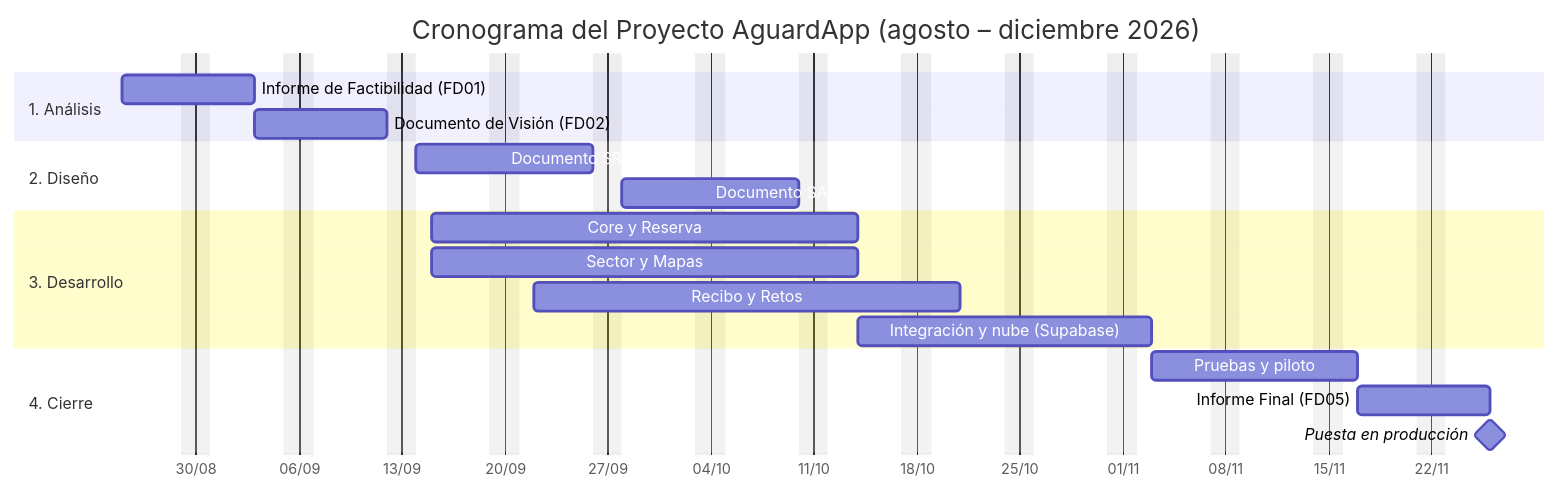
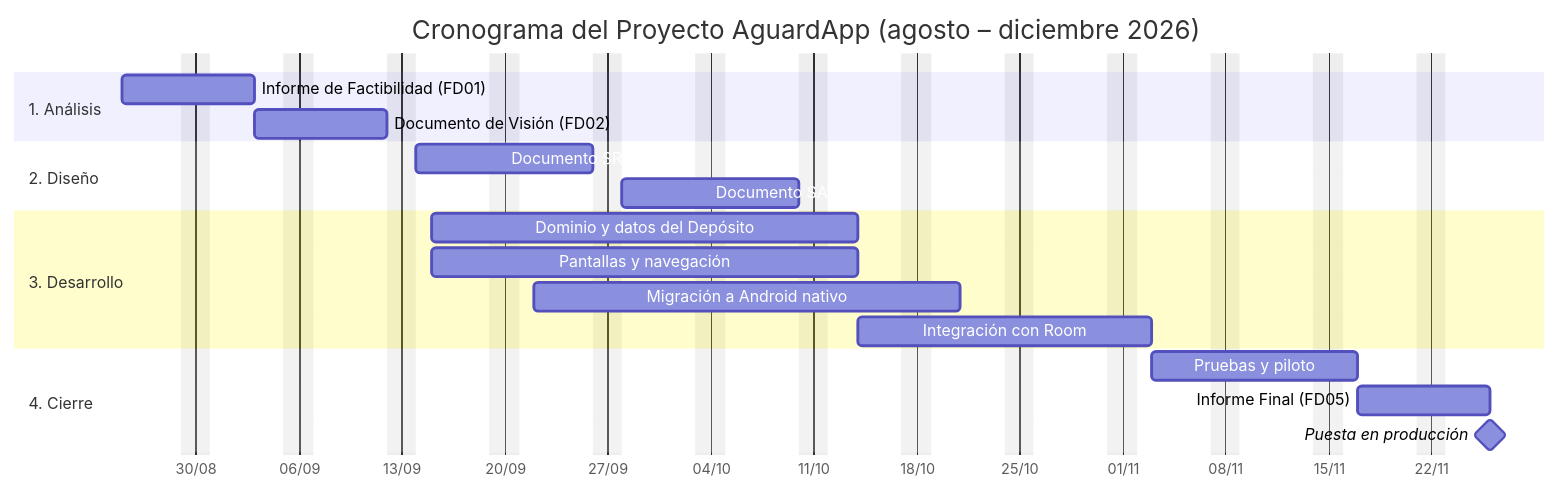
Before and after one commit to IkerASierraR/AguardApp: the third of 4 diagrams in informes/FD05-Informe-Final.md, drawn with Mermaid. The commit also changed other lines of this file and 2 other files, not shown here.

````diff
--- a/informes/FD05-Informe-Final.md
+++ b/informes/FD05-Informe-Final.md
@@ -194,26 +214,26 @@
 ```mermaid
 gantt
     title Cronograma del Proyecto AguardApp (agosto – diciembre 2026)
     dateFormat YYYY-MM-DD
     axisFormat %d/%m
     excludes weekends
 
     section 1. Análisis
     Informe de Factibilidad (FD01)   :t2, 2026-08-25, 7d
     Documento de Visión (FD02)       :t3, after t2, 7d
 
     section 2. Diseño
     Documento SRS (FD03)             :t5, 2026-09-14, 10d
     Documento SAD (FD04)             :t6, after t5, 10d
 
     section 3. Desarrollo
-    Core y Reserva                   :t8, 2026-09-15, 21d
-    Sector y Mapas                   :t9, 2026-09-15, 21d
-    Recibo y Retos                   :t10, 2026-09-22, 21d
-    Integración y nube (Supabase)    :t11, 2026-10-14, 14d
+    Dominio y datos del Depósito     :t8, 2026-09-15, 21d
+    Pantallas y navegación           :t9, 2026-09-15, 21d
+    Migración a Android nativo       :t10, 2026-09-22, 21d
+    Integración con Room             :t11, 2026-10-14, 14d
 
     section 4. Cierre
     Pruebas y piloto                 :t13, 2026-11-03, 10d
     Informe Final (FD05)             :t14, after t13, 7d
     Puesta en producción             :milestone, t15, 2026-11-26, 0d
 ```
````
